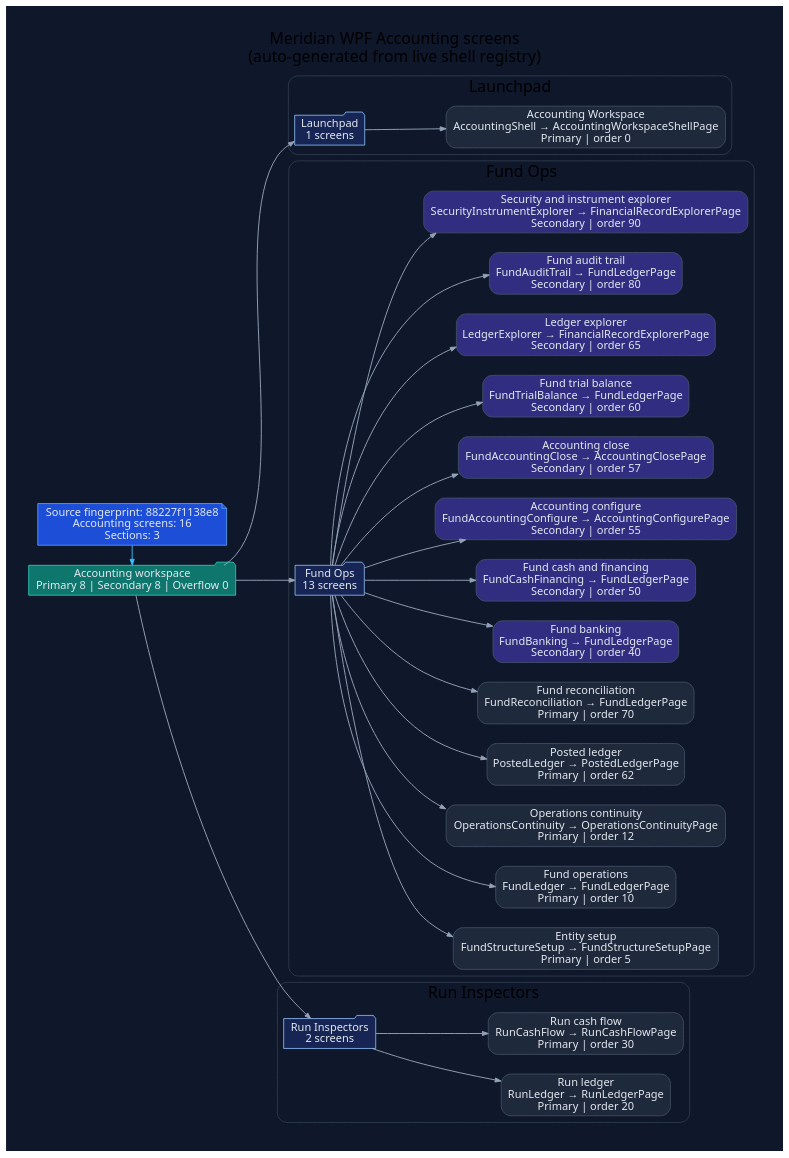
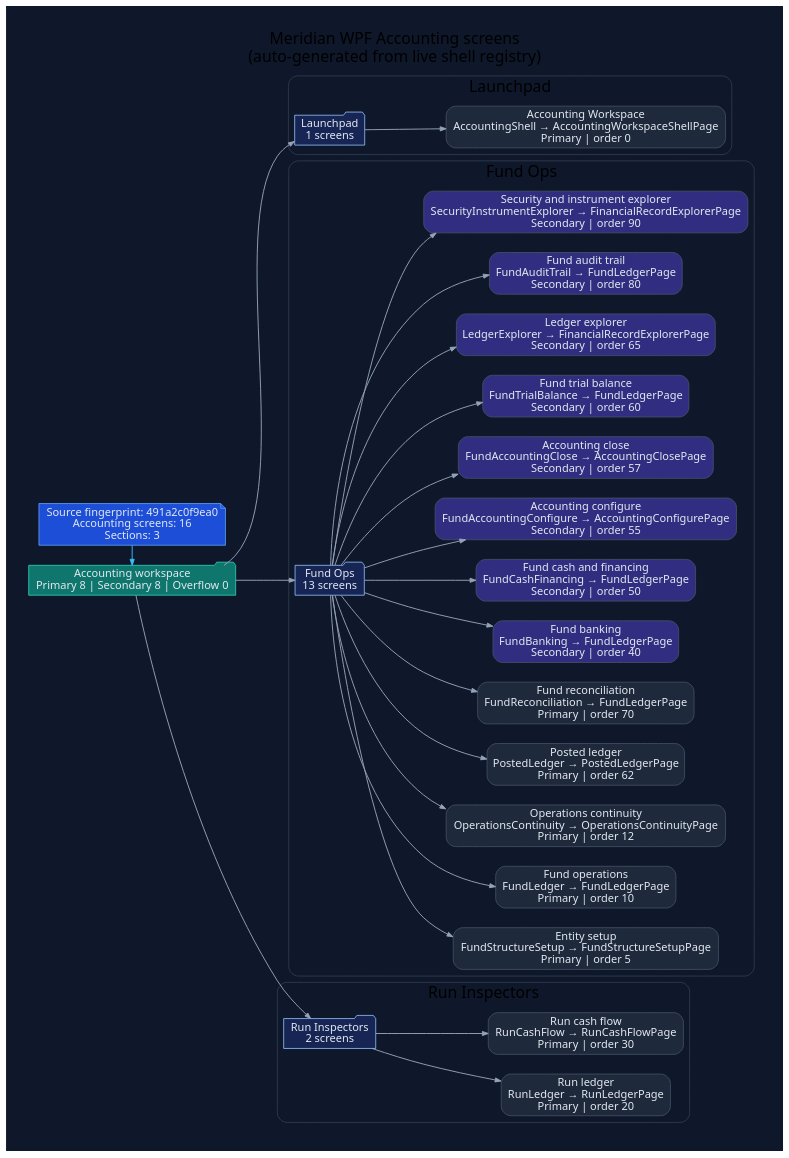
The diagram in docs/diagrams/ui-wpf-screens-accounting.dot (rodoHasArrived/Meridian-main), drawn with Graphviz before and after one commit. The commit also changed 21 other files, not shown here.

First line of the commit message:
Regenerate WPF UI diagrams for the updated source fingerprint

```diff
--- a/docs/diagrams/ui-wpf-screens-accounting.dot
+++ b/docs/diagrams/ui-wpf-screens-accounting.dot
@@ -1,82 +1,82 @@
 // -----------------------------------------------------------------------------
 // <auto-generated>
 // Generated by scripts/generate-diagrams.mjs.
 // Do not edit this file directly; update the WPF source files instead.
 // -----------------------------------------------------------------------------
 digraph WpfAccountingScreens {
   graph [
     rankdir=LR,
     labelloc=t,
     label="Meridian WPF Accounting screens\n(auto-generated from live shell registry)",
     fontname="Segoe UI",
     fontsize=20,
     pad=0.4,
     nodesep=0.35,
     ranksep=0.85,
     bgcolor="#0f172a"
   ];
   node [fontname="Segoe UI", shape=box, style="rounded,filled", color="#475569", fontcolor="#e2e8f0", fillcolor="#1e293b"];
   edge [fontname="Segoe UI", color="#94a3b8", penwidth=1.2, arrowsize=0.75];
 
-  generated [shape=note, fillcolor="#1d4ed8", color="#60a5fa", label="Source fingerprint: 88227f1138e8\nAccounting screens: 16\nSections: 3"];
+  generated [shape=note, fillcolor="#1d4ed8", color="#60a5fa", label="Source fingerprint: 491a2c0f9ea0\nAccounting screens: 16\nSections: 3"];
   workspace [shape=folder, fillcolor="#0f766e", color="#2dd4bf", label="Accounting workspace\nPrimary 8 | Secondary 8 | Overflow 0"];
   generated -> workspace [color="#38bdf8"];
 
   subgraph cluster_section_1 {
     label="Launchpad";
     color="#334155";
     style="rounded";
     section_1 [shape=folder, fillcolor="#172554", color="#93c5fd", label="Launchpad\n1 screens"];
     workspace -> section_1;
     screen_AccountingShell [fillcolor="#1e293b", label="Accounting Workspace\nAccountingShell → AccountingWorkspaceShellPage\nPrimary | order 0"];
     section_1 -> screen_AccountingShell;
   }
 
   subgraph cluster_section_2 {
     label="Fund Ops";
     color="#334155";
     style="rounded";
     section_2 [shape=folder, fillcolor="#172554", color="#93c5fd", label="Fund Ops\n13 screens"];
     workspace -> section_2;
     screen_FundStructureSetup [fillcolor="#1e293b", label="Entity setup\nFundStructureSetup → FundStructureSetupPage\nPrimary | order 5"];
     section_2 -> screen_FundStructureSetup;
     screen_FundLedger [fillcolor="#1e293b", label="Fund operations\nFundLedger → FundLedgerPage\nPrimary | order 10"];
     section_2 -> screen_FundLedger;
     screen_OperationsContinuity [fillcolor="#1e293b", label="Operations continuity\nOperationsContinuity → OperationsContinuityPage\nPrimary | order 12"];
     section_2 -> screen_OperationsContinuity;
     screen_PostedLedger [fillcolor="#1e293b", label="Posted ledger\nPostedLedger → PostedLedgerPage\nPrimary | order 62"];
     section_2 -> screen_PostedLedger;
     screen_FundReconciliation [fillcolor="#1e293b", label="Fund reconciliation\nFundReconciliation → FundLedgerPage\nPrimary | order 70"];
     section_2 -> screen_FundReconciliation;
     screen_FundBanking [fillcolor="#312e81", label="Fund banking\nFundBanking → FundLedgerPage\nSecondary | order 40"];
     section_2 -> screen_FundBanking;
     screen_FundCashFinancing [fillcolor="#312e81", label="Fund cash and financing\nFundCashFinancing → FundLedgerPage\nSecondary | order 50"];
     section_2 -> screen_FundCashFinancing;
     screen_FundAccountingConfigure [fillcolor="#312e81", label="Accounting configure\nFundAccountingConfigure → AccountingConfigurePage\nSecondary | order 55"];
     section_2 -> screen_FundAccountingConfigure;
     screen_FundAccountingClose [fillcolor="#312e81", label="Accounting close\nFundAccountingClose → AccountingClosePage\nSecondary | order 57"];
     section_2 -> screen_FundAccountingClose;
     screen_FundTrialBalance [fillcolor="#312e81", label="Fund trial balance\nFundTrialBalance → FundLedgerPage\nSecondary | order 60"];
     section_2 -> screen_FundTrialBalance;
     screen_LedgerExplorer [fillcolor="#312e81", label="Ledger explorer\nLedgerExplorer → FinancialRecordExplorerPage\nSecondary | order 65"];
     section_2 -> screen_LedgerExplorer;
     screen_FundAuditTrail [fillcolor="#312e81", label="Fund audit trail\nFundAuditTrail → FundLedgerPage\nSecondary | order 80"];
     section_2 -> screen_FundAuditTrail;
     screen_SecurityInstrumentExplorer [fillcolor="#312e81", label="Security and instrument explorer\nSecurityInstrumentExplorer → FinancialRecordExplorerPage\nSecondary | order 90"];
     section_2 -> screen_SecurityInstrumentExplorer;
   }
 
   subgraph cluster_section_3 {
     label="Run Inspectors";
     color="#334155";
     style="rounded";
     section_3 [shape=folder, fillcolor="#172554", color="#93c5fd", label="Run Inspectors\n2 screens"];
     workspace -> section_3;
     screen_RunLedger [fillcolor="#1e293b", label="Run ledger\nRunLedger → RunLedgerPage\nPrimary | order 20"];
     section_3 -> screen_RunLedger;
     screen_RunCashFlow [fillcolor="#1e293b", label="Run cash flow\nRunCashFlow → RunCashFlowPage\nPrimary | order 30"];
     section_3 -> screen_RunCashFlow;
   }
 
   { rank=min; generated; workspace; }
 }
```
